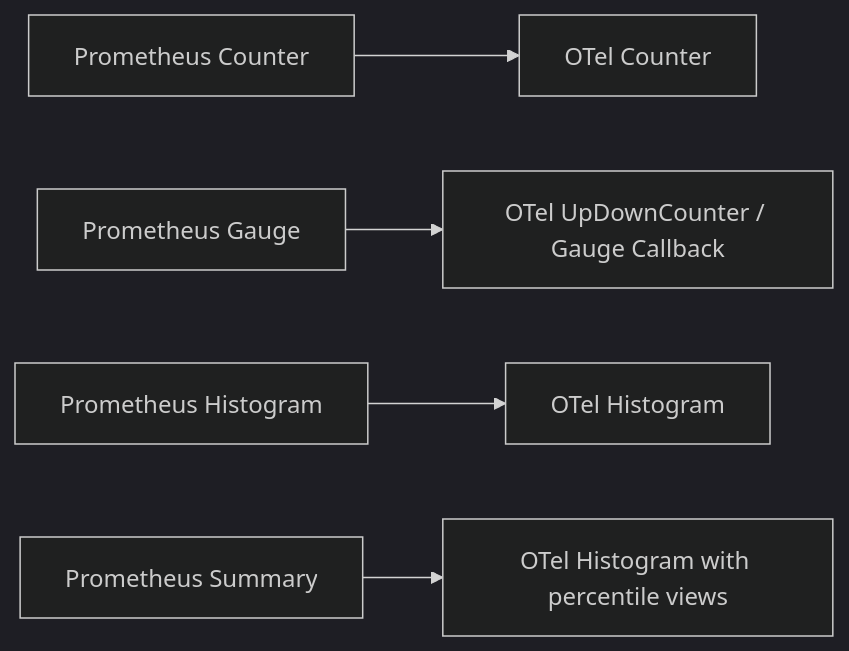
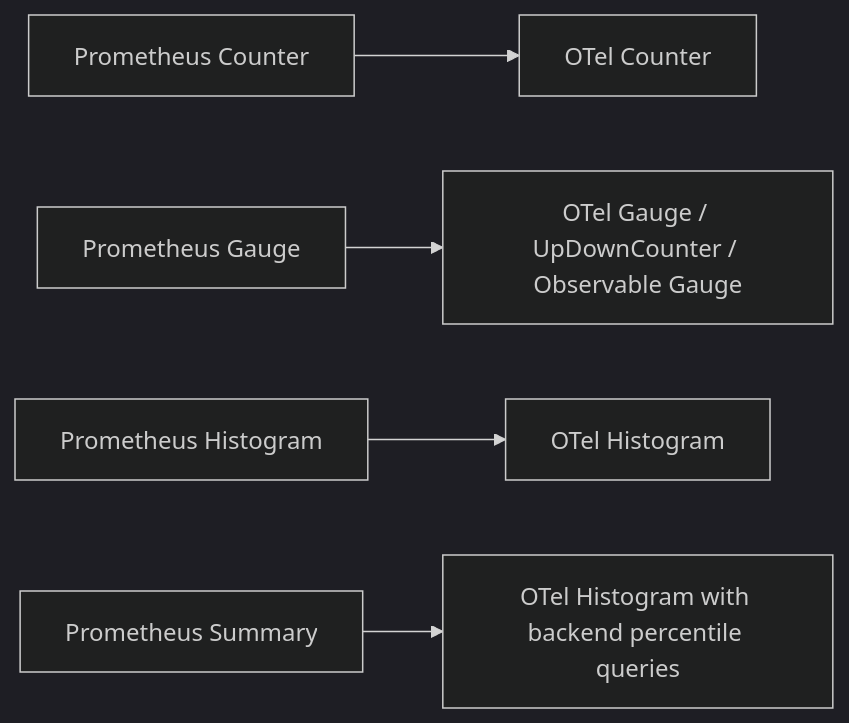
One commit to OneUptime/blog changed the diagram in posts/2026-02-06-migrate-prometheus-client-libraries-to-opentelemetry-metrics-sdk/README.md. Above: the diagram before and after it, drawn with Mermaid (dark theme). The commit also changed other lines of this file and 2 other files, not shown here.

Commit message:
validate: 2026-02-06-migrate-prometheus-client-libraries-to-opentelemetry-metrics-sdk

````diff
--- a/posts/2026-02-06-migrate-prometheus-client-libraries-to-opentelemetry-metrics-sdk/README.md
+++ b/posts/2026-02-06-migrate-prometheus-client-libraries-to-opentelemetry-metrics-sdk/README.md
@@ -25,7 +25,7 @@
 ```mermaid
 graph LR
     A[Prometheus Counter] --> B[OTel Counter]
-    C[Prometheus Gauge] --> D[OTel UpDownCounter / Gauge Callback]
+    C[Prometheus Gauge] --> D[OTel Gauge / UpDownCounter / Observable Gauge]
     E[Prometheus Histogram] --> F[OTel Histogram]
-    G[Prometheus Summary] --> H[OTel Histogram with percentile views]
+    G[Prometheus Summary] --> H[OTel Histogram with backend percentile queries]
 ```
````
